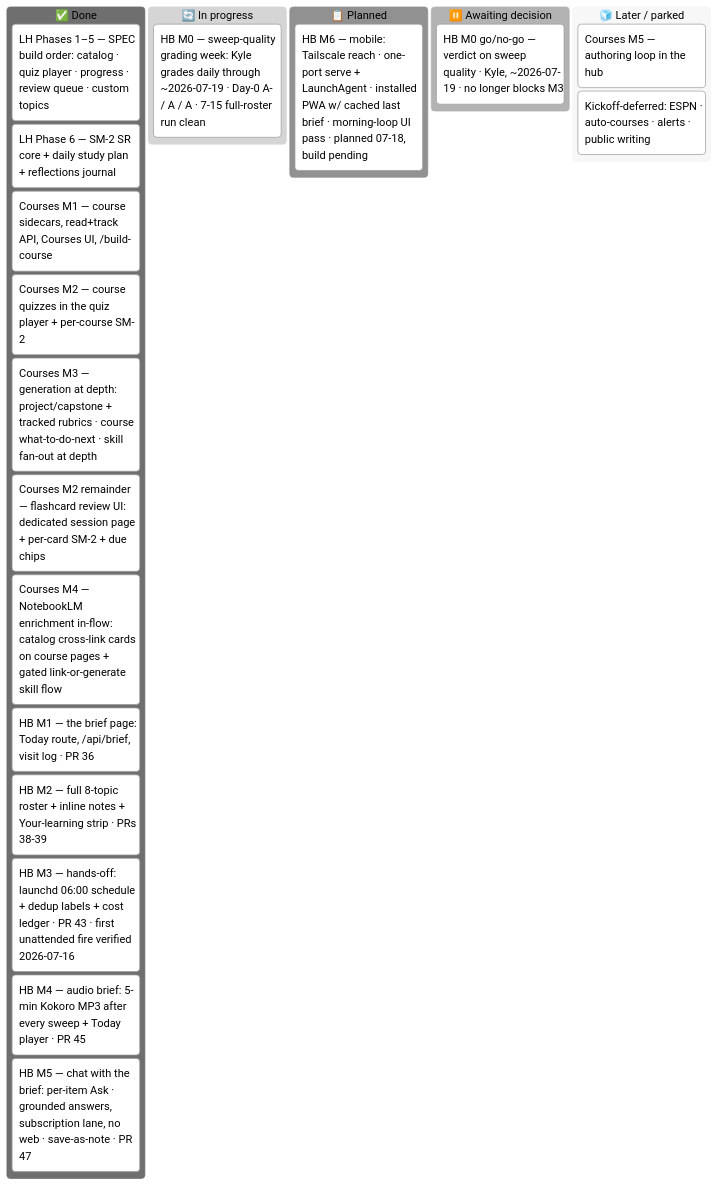
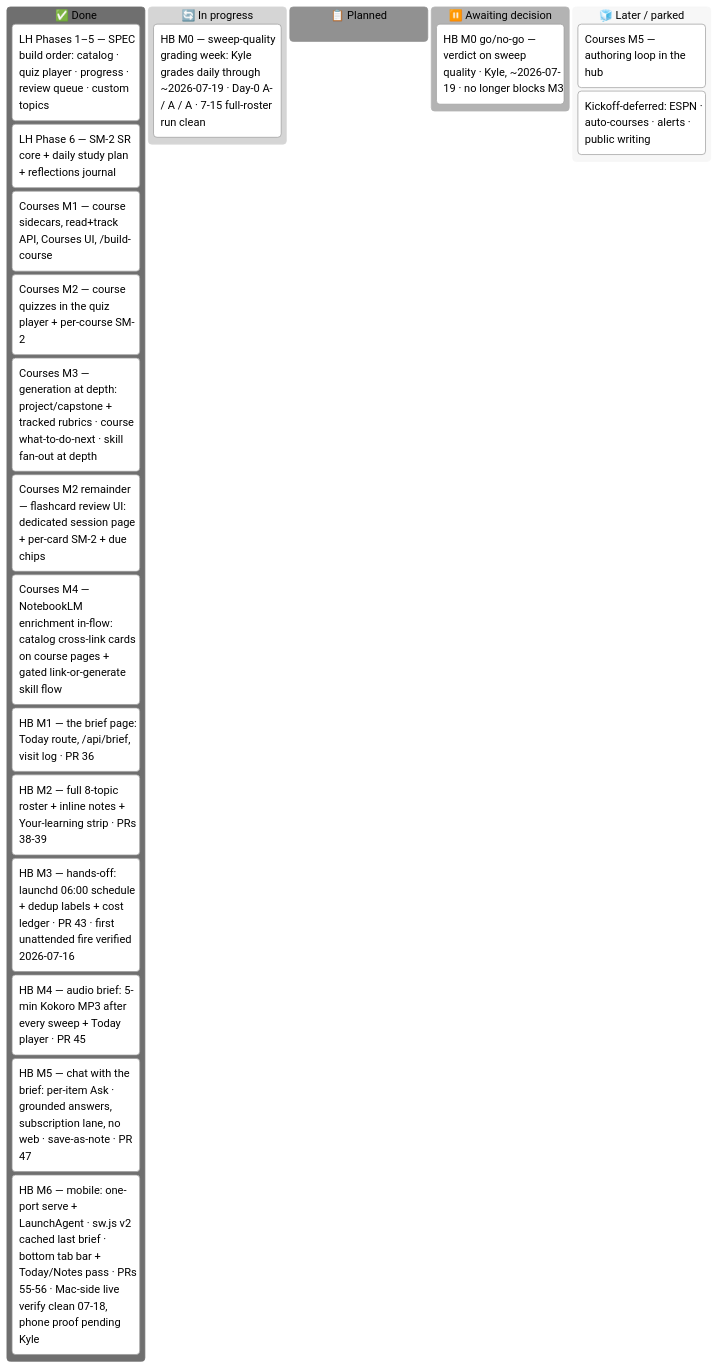
One commit to ksdisch/home-base changed the diagram in docs/MASTER_PLAN.md. Above: the diagram before and after it, drawn with Mermaid (neutral theme). The commit also changed other lines of this file and 3 other files, not shown here.

First line of the commit message:
docs: M6 shipped — Mac-side live verify recorded (PRs #55/#56); phone-side proof pending Kyle

````diff
--- a/docs/MASTER_PLAN.md
+++ b/docs/MASTER_PLAN.md
@@ -39,25 +39,25 @@
 ```mermaid
 kanban
   done["✅ Done"]
     lh15["LH Phases 1–5 — SPEC build order: catalog · quiz player · progress · review queue · custom topics"]
     lh6["LH Phase 6 — SM-2 SR core + daily study plan + reflections journal"]
     lh7["Courses M1 — course sidecars, read+track API, Courses UI, /build-course"]
     lh7m2["Courses M2 — course quizzes in the quiz player + per-course SM-2"]
     lh7m3["Courses M3 — generation at depth: project/capstone + tracked rubrics · course what-to-do-next · skill fan-out at depth"]
     lh7fc["Courses M2 remainder — flashcard review UI: dedicated session page + per-card SM-2 + due chips"]
     lh7m4["Courses M4 — NotebookLM enrichment in-flow: catalog cross-link cards on course pages + gated link-or-generate skill flow"]
     hbm1["HB M1 — the brief page: Today route, /api/brief, visit log · PR 36"]
     hbm2["HB M2 — full 8-topic roster + inline notes + Your-learning strip · PRs 38-39"]
     hbm3["HB M3 — hands-off: launchd 06:00 schedule + dedup labels + cost ledger · PR 43 · first unattended fire verified 2026-07-16"]
     hbm4["HB M4 — audio brief: 5-min Kokoro MP3 after every sweep + Today player · PR 45"]
     hbm5["HB M5 — chat with the brief: per-item Ask · grounded answers, subscription lane, no web · save-as-note · PR 47"]
+    hbm6["HB M6 — mobile: one-port serve + LaunchAgent · sw.js v2 cached last brief · bottom tab bar + Today/Notes pass · PRs 55-56 · Mac-side live verify clean 07-18, phone proof pending Kyle"]
   doing["🔄 In progress"]
     hbm0["HB M0 — sweep-quality grading week: Kyle grades daily through ~2026-07-19 · Day-0 A- / A / A · 7-15 full-roster run clean"]
   next["📋 Planned"]
-    hbm6["HB M6 — mobile: Tailscale reach · one-port serve + LaunchAgent · installed PWA w/ cached last brief · morning-loop UI pass · planned 07-18, build pending"]
   decide["⏸️ Awaiting decision"]
     hbm0verdict["HB M0 go/no-go — verdict on sweep quality · Kyle, ~2026-07-19 · no longer blocks M3"]
   later["🧊 Later / parked"]
     cm5["Courses M5 — authoring loop in the hub"]
     defer["Kickoff-deferred: ESPN · auto-courses · alerts · public writing"]
 ```
````
